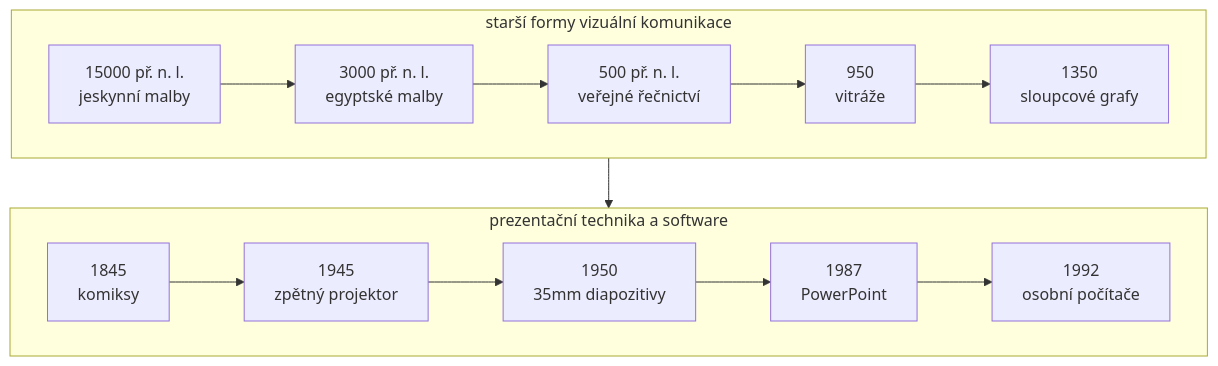
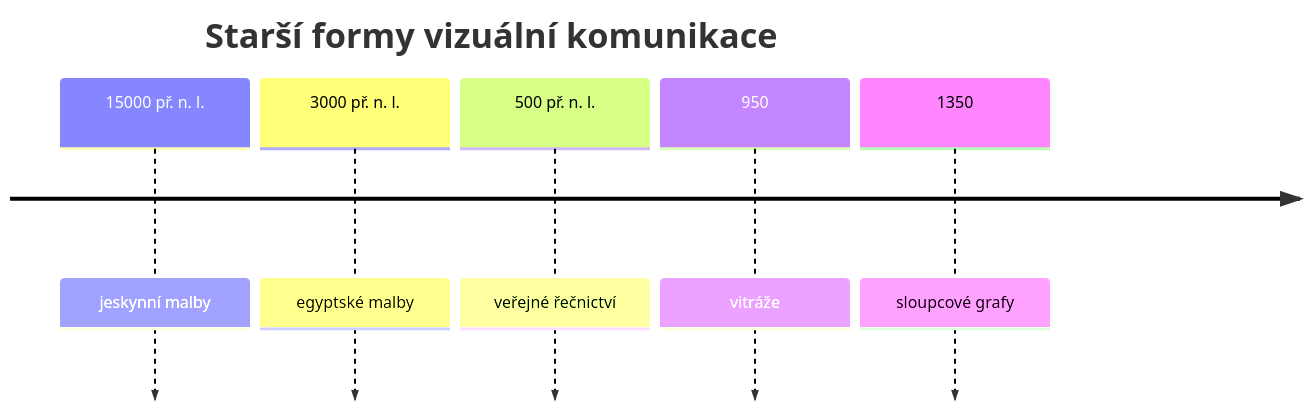
The first of 2 diagrams in docs/cs/01-prezentace-jako-sdeleni.md (faitjaroslav-byte/informatika_EL3), drawn with Mermaid before and after one commit. The commit also changed other lines of this file, not shown here.

Commit message:
Split timeline into two axes

````diff
--- a/docs/cs/01-prezentace-jako-sdeleni.md
+++ b/docs/cs/01-prezentace-jako-sdeleni.md
@@ -14,20 +14,9 @@
 ```mermaid
-flowchart TB
-    subgraph R1["starší formy vizuální komunikace"]
-        direction LR
-        A["15000 př. n. l.<br>jeskynní malby"] --> B["3000 př. n. l.<br>egyptské malby"]
-        B --> C["500 př. n. l.<br>veřejné řečnictví"]
-        C --> D["950<br>vitráže"]
-        D --> E["1350<br>sloupcové grafy"]
-    end
-
-    subgraph R2["prezentační technika a software"]
-        direction LR
-        F["1845<br>komiksy"] --> G["1945<br>zpětný projektor"]
-        G --> H["1950<br>35mm diapozitivy"]
-        H --> I["1987<br>PowerPoint"]
-        I --> J["1992<br>osobní počítače"]
-    end
-
-    E --> F
+timeline
+    title Starší formy vizuální komunikace
+    15000 př. n. l. : jeskynní malby
+    3000 př. n. l. : egyptské malby
+    500 př. n. l. : veřejné řečnictví
+    950 : vitráže
+    1350 : sloupcové grafy
 ```
````
